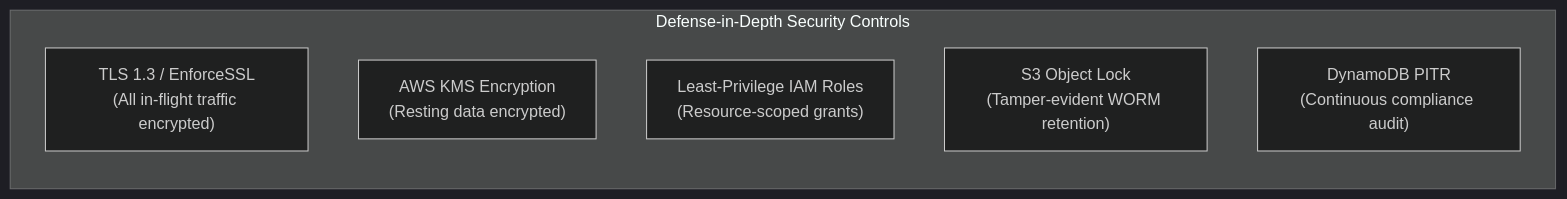
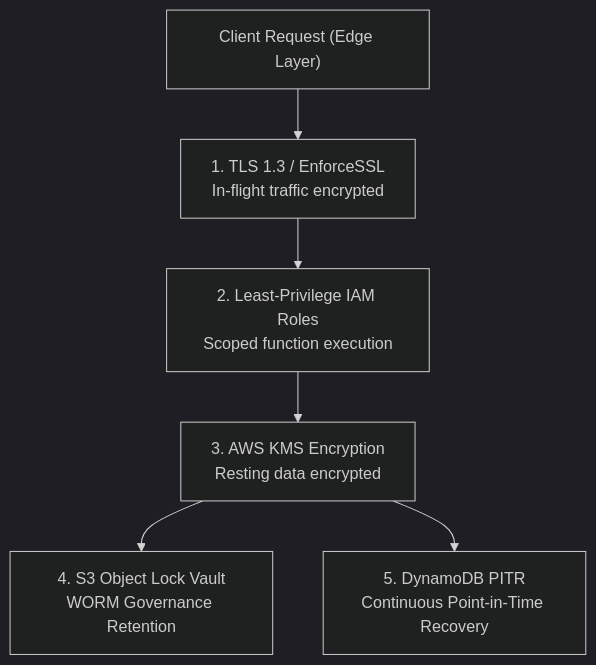
One commit to Nandanhs006/AWS-2 changed the fifth of 6 diagrams in aws-architecture.md. Above: the diagram before and after it, drawn with Mermaid (dark theme). The commit also changed other lines of this file and 1 other file, not shown here.

Commit message:
docs: add comprehensive Mermaid diagrams across architecture, system design, calculation pipeline, and repository structure

````diff
--- a/aws-architecture.md
+++ b/aws-architecture.md
@@ -189,11 +259,8 @@
 ```mermaid
-flowchart LR
-    subgraph SecurityControls["Defense-in-Depth Security Controls"]
-        direction TB
-        TLS["TLS 1.3 / EnforceSSL<br/>(All in-flight traffic encrypted)"]
-        KMS["AWS KMS Encryption<br/>(Resting data encrypted)"]
-        IAM["Least-Privilege IAM Roles<br/>(Resource-scoped grants)"]
-        WORM["S3 Object Lock<br/>(Tamper-evident WORM retention)"]
-        PITR["DynamoDB PITR<br/>(Continuous compliance audit)"]
-    end
+flowchart TD
+    Client["Client Request (Edge Layer)"] --> TLS["1. TLS 1.3 / EnforceSSL<br/>In-flight traffic encrypted"]
+    TLS --> IAM["2. Least-Privilege IAM Roles<br/>Scoped function execution"]
+    IAM --> KMS["3. AWS KMS Encryption<br/>Resting data encrypted"]
+    KMS --> WORM["4. S3 Object Lock Vault<br/>WORM Governance Retention"]
+    KMS --> PITR["5. DynamoDB PITR<br/>Continuous Point-in-Time Recovery"]
 ```
````
